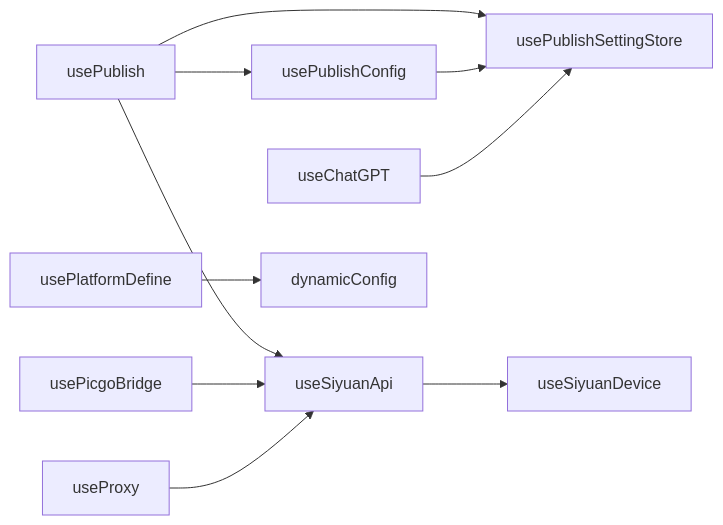
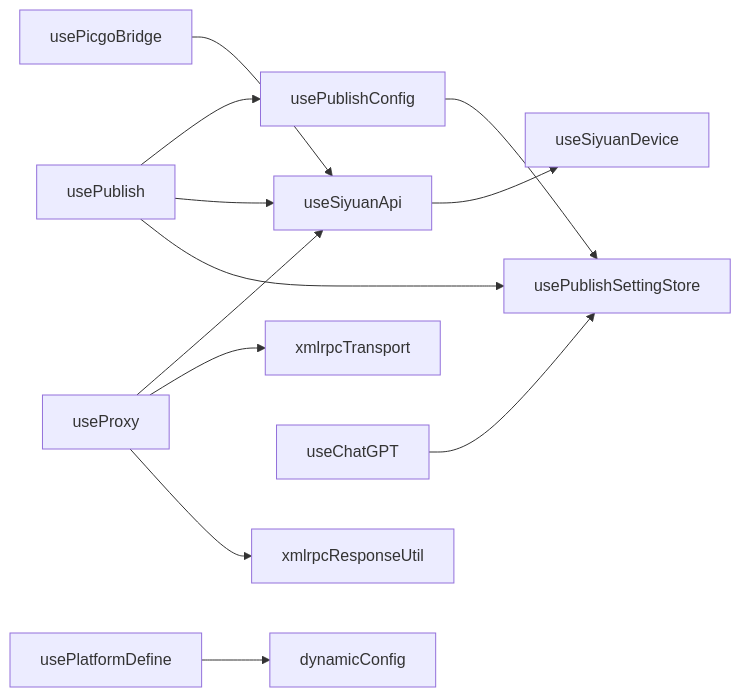
One commit to terwer/siyuan-plugin-publisher changed the sixth of 6 diagrams in .qoder/repowiki/zh/content/API参考文档/Composables API/Composables API.md. Above: the diagram before and after it, drawn with Mermaid. The commit also changed other lines of this file and 15 other files, not shown here.

First line of the commit message:
refactor(proxy): redesign form upload transport to unified top-level architecture

````diff
--- a/.qoder/repowiki/zh/content/API参考文档/Composables API/Composables API.md
+++ b/.qoder/repowiki/zh/content/API参考文档/Composables API/Composables API.md
@@ -472,12 +501,14 @@
 ```mermaid
 graph LR
 UP["usePublish"] --> UPC["usePublishConfig"]
 UP --> USY["useSiyuanApi"]
 UP --> UPS["usePublishSettingStore"]
 UPC --> UPS
 USY --> USD["useSiyuanDevice"]
 UPB["usePicgoBridge"] --> USY
 UPR["useProxy"] --> USY
+UPR --> XRT["xmlrpcTransport"]
+UPR --> XRU["xmlrpcResponseUtil"]
 UCGPT["useChatGPT"] --> UPS
 UPL["usePlatformDefine"] --> DC["dynamicConfig"]
 ```
````
